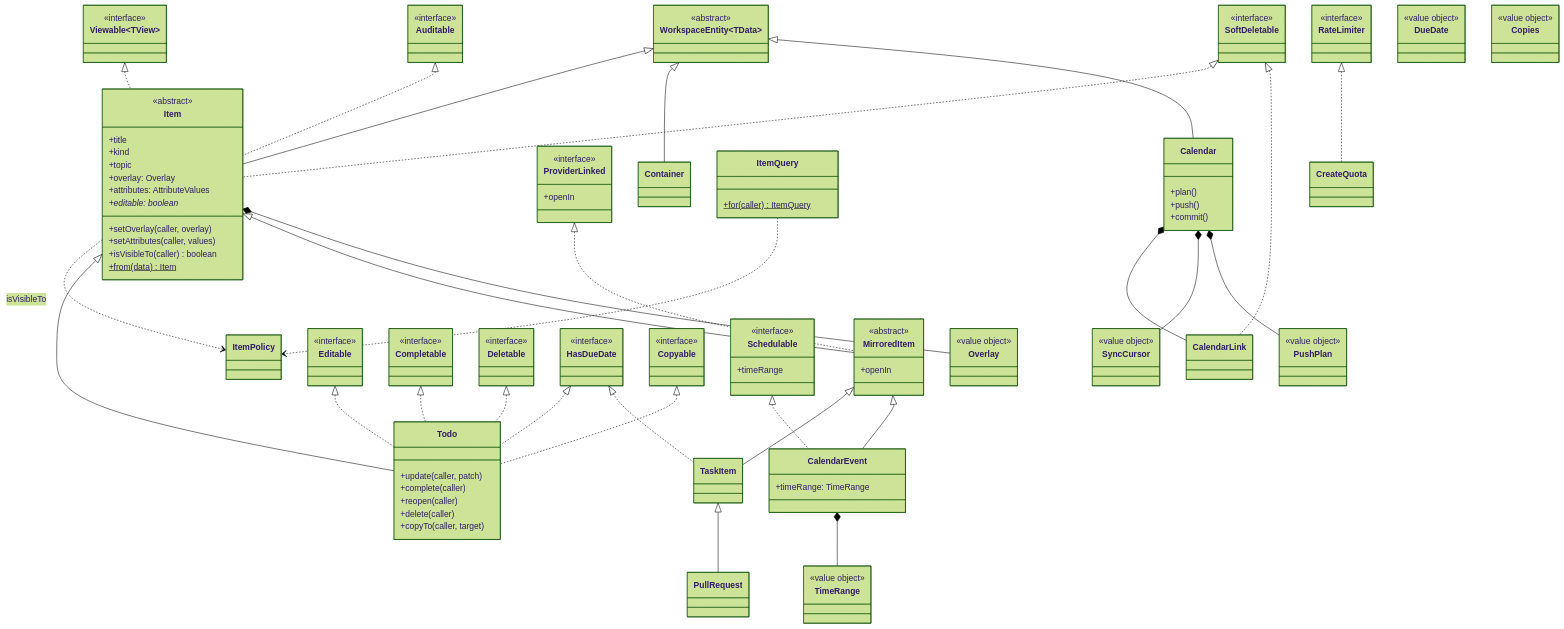
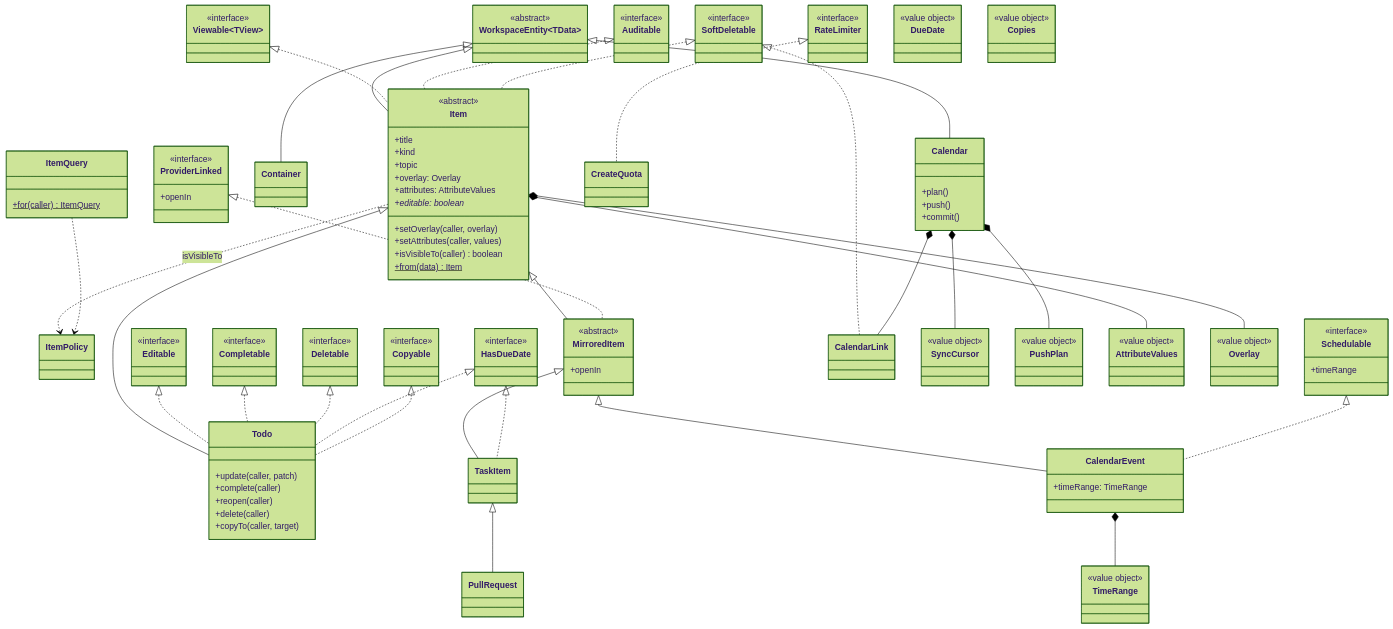
Before and after one commit to shalev396/ToDoList: the fourth of 7 diagrams in docs/design/CLASSES.md, drawn with Mermaid (forest theme). The commit also changed other lines of this file, not shown here.

First line of the commit message:
docs: CLASSES.md declares ItemCopy and AttributeValues, shows BasePolicy's abstract members

````diff
--- a/docs/design/CLASSES.md
+++ b/docs/design/CLASSES.md
@@ -635,6 +661,10 @@
   }
   Calendar *-- SyncCursor
   Calendar *-- PushPlan
+  class AttributeValues {
+    <<value object>>
+  }
+  Item *-- AttributeValues
   class Overlay {
     <<value object>>
   }
@@ -682,4 +712,5 @@
   class TimeRange:::planned
   class DueDate:::planned
   class Copies:::planned
+  class AttributeValues:::planned
 ```
````
